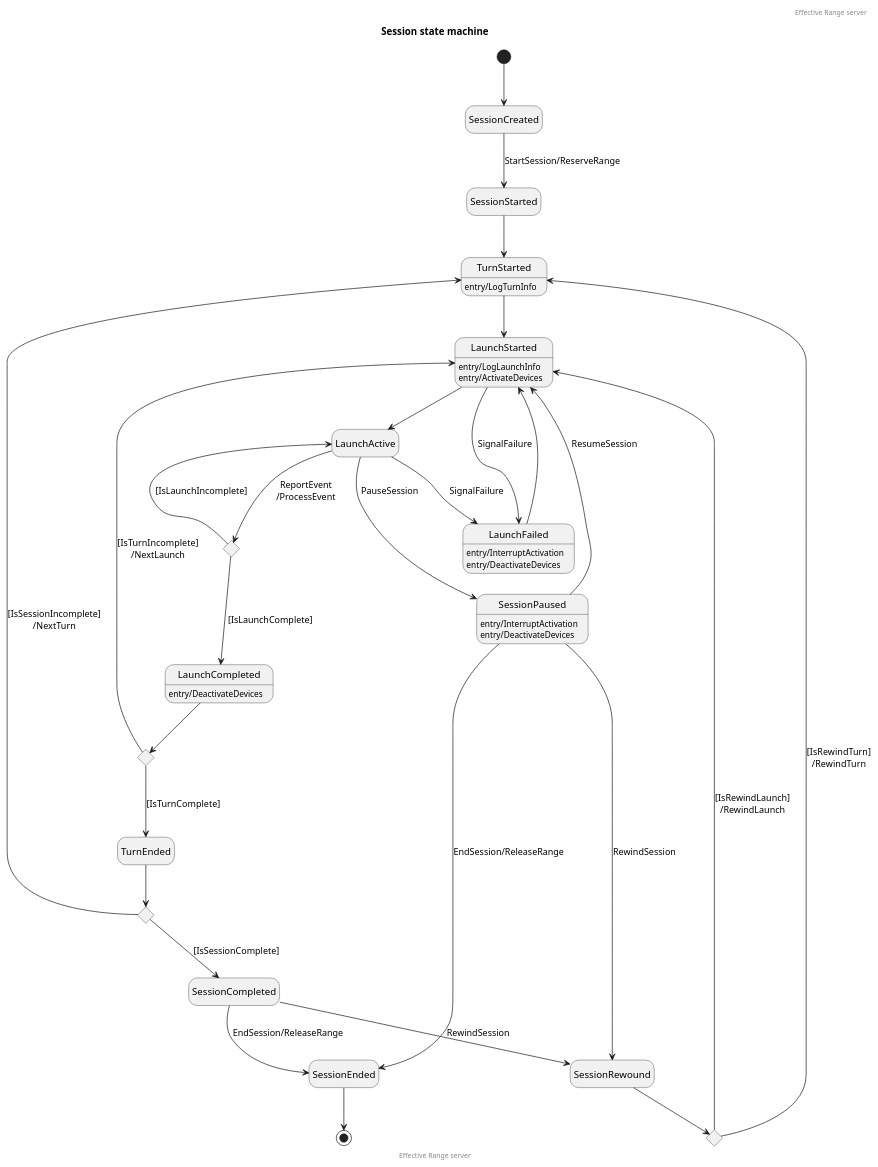
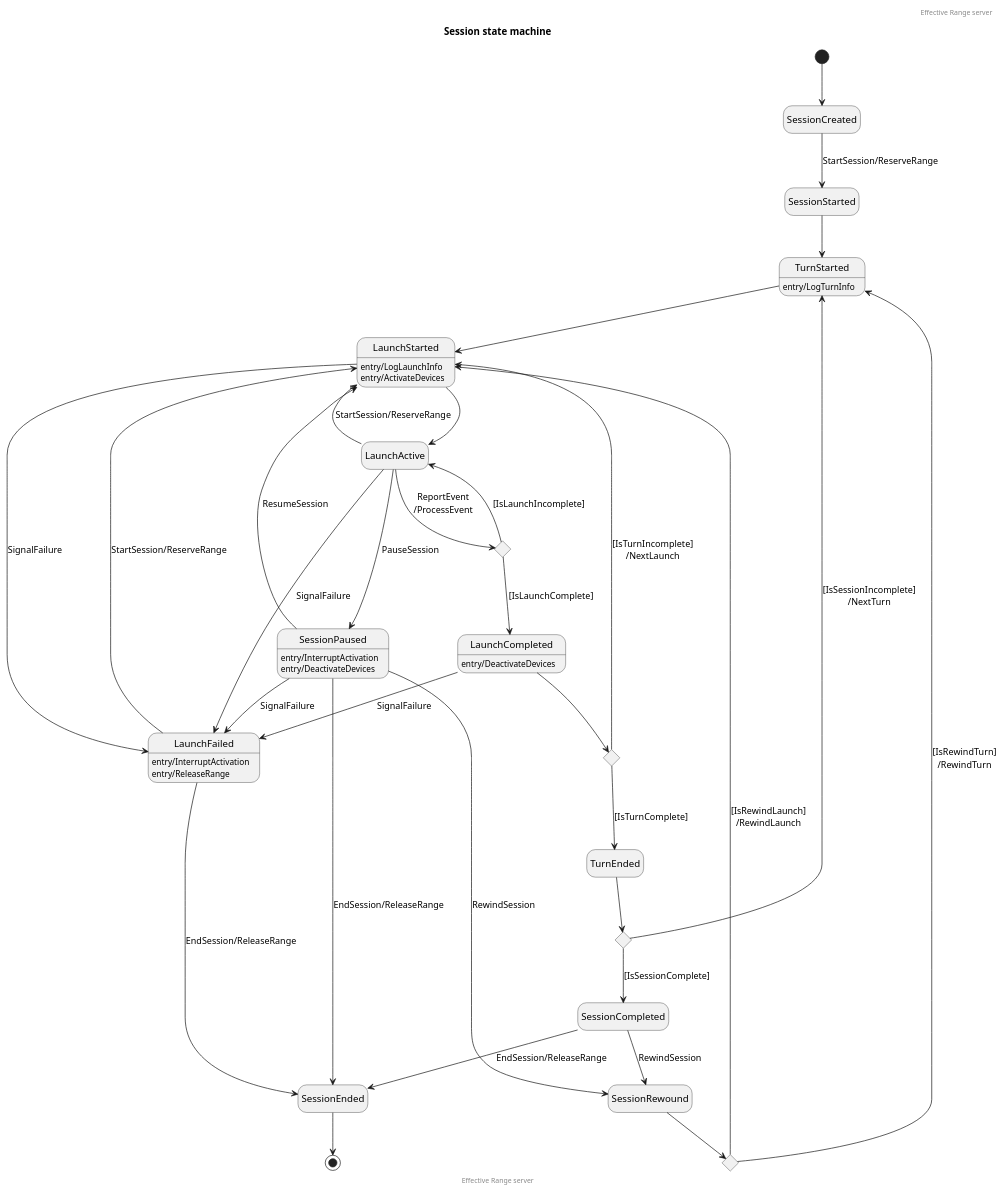
One commit to EffectiveRange/effective-range-api changed the diagram in state/server-session.puml. Above: the diagram before and after it, drawn with PlantUML.

Commit message:
Update server session state diagram (#27)

```diff
--- a/state/server-session.puml
+++ b/state/server-session.puml
@@ -1,64 +1,70 @@
 @startuml
 hide empty description
 
 header Effective Range server
 title Session state machine
 
 [*] --> SessionCreated
 SessionCreated --> SessionStarted : StartSession/ReserveRange
 SessionStarted --> TurnStarted
 TurnStarted : entry/LogTurnInfo
 TurnStarted --> LaunchStarted
 
 LaunchStarted : entry/LogLaunchInfo
 LaunchStarted : entry/ActivateDevices
 LaunchStarted --> LaunchActive
 
 state LaunchActiveChoice <<choice>>
 
 ' Successful launch
 LaunchActive --> LaunchActiveChoice : ReportEvent\n/ProcessEvent
 LaunchActiveChoice --> LaunchActive : [IsLaunchIncomplete]
 LaunchActiveChoice --> LaunchCompleted : [IsLaunchComplete]
 LaunchCompleted : entry/DeactivateDevices
 
 state LaunchCompleteChoice <<choice>>
 
 LaunchCompleted --> LaunchCompleteChoice
 LaunchCompleteChoice --> LaunchStarted : [IsTurnIncomplete]\n/NextLaunch
 LaunchCompleteChoice --> TurnEnded : [IsTurnComplete]
 
 ' Failed launch
 LaunchStarted --> LaunchFailed : SignalFailure
 LaunchActive --> LaunchFailed : SignalFailure
+SessionPaused --> LaunchFailed : SignalFailure
+LaunchCompleted --> LaunchFailed : SignalFailure
 LaunchFailed : entry/InterruptActivation
-LaunchFailed : entry/DeactivateDevices
-LaunchFailed --> LaunchStarted
+LaunchFailed : entry/ReleaseRange
+LaunchFailed --> LaunchStarted : StartSession/ReserveRange
+LaunchFailed --> SessionEnded : EndSession/ReleaseRange
 
 ' Paused session
 LaunchActive --> SessionPaused : PauseSession
 SessionPaused : entry/InterruptActivation
 SessionPaused : entry/DeactivateDevices
 SessionPaused --> LaunchStarted : ResumeSession
 SessionPaused --> SessionEnded : EndSession/ReleaseRange
+
+' Continue session after server restart
+LaunchActive --> LaunchStarted : StartSession/ReserveRange
 
 ' Rewound session
 state SessionRewoundChoice <<choice>>
 
 SessionPaused --> SessionRewound : RewindSession
 SessionRewound --> SessionRewoundChoice
 SessionRewoundChoice --> LaunchStarted : [IsRewindLaunch]\n/RewindLaunch
 SessionRewoundChoice --> TurnStarted : [IsRewindTurn]\n/RewindTurn
 
 state TurnEndedChoice <<choice>>
 
 TurnEnded --> TurnEndedChoice
 TurnEndedChoice --> TurnStarted : [IsSessionIncomplete]\n/NextTurn
 TurnEndedChoice --> SessionCompleted : [IsSessionComplete]
 SessionCompleted --> SessionRewound : RewindSession
 SessionCompleted --> SessionEnded : EndSession/ReleaseRange
 SessionEnded --> [*]
 
 footer Effective Range server
 
 @enduml
```
